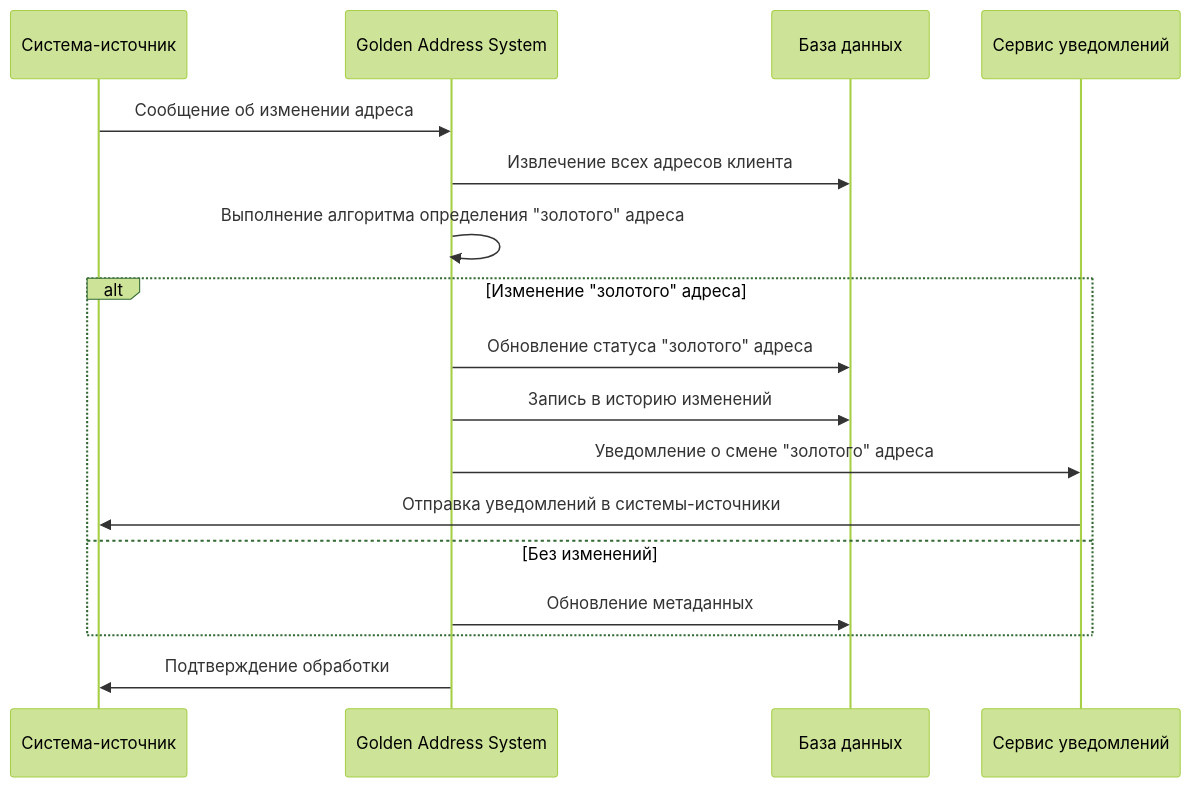
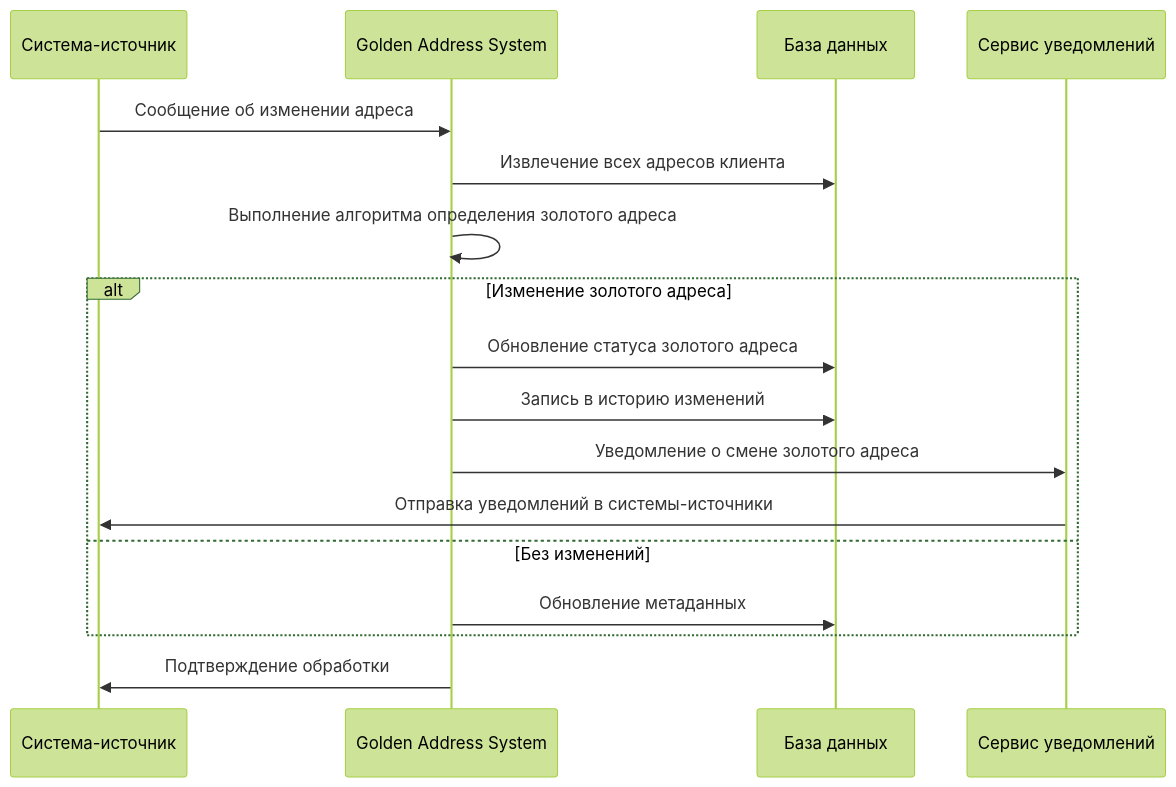
The second of 2 diagrams in Golden Letter Task/Golden_Address_Algorithm.md (Ablikon/Midterm-SystemDesign), drawn with Mermaid (forest theme) before and after one commit. The commit also changed other lines of this file and 3 other files, not shown here.

````diff
--- a/Golden Letter Task/Golden_Address_Algorithm.md
+++ b/Golden Letter Task/Golden_Address_Algorithm.md
@@ -483,22 +483,22 @@
 ```mermaid
 sequenceDiagram
     participant Source as Система-источник
     participant GAS as Golden Address System
     participant DB as База данных
     participant Notify as Сервис уведомлений
 
     Source->>GAS: Сообщение об изменении адреса
     GAS->>DB: Извлечение всех адресов клиента
-    GAS->>GAS: Выполнение алгоритма определения "золотого" адреса
+    GAS->>GAS: Выполнение алгоритма определения золотого адреса
 
-    alt Изменение "золотого" адреса
-        GAS->>DB: Обновление статуса "золотого" адреса
+    alt Изменение золотого адреса
+        GAS->>DB: Обновление статуса золотого адреса
         GAS->>DB: Запись в историю изменений
-        GAS->>Notify: Уведомление о смене "золотого" адреса
+        GAS->>Notify: Уведомление о смене золотого адреса
         Notify->>Source: Отправка уведомлений в системы-источники
     else Без изменений
         GAS->>DB: Обновление метаданных
     end
 
     GAS->>Source: Подтверждение обработки
 ```
````
